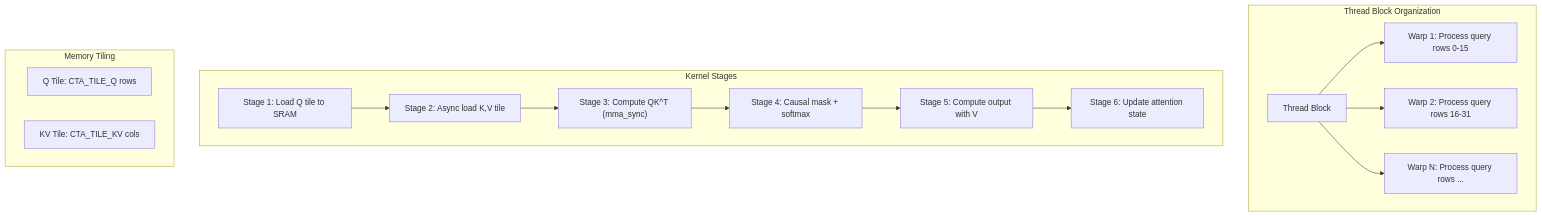
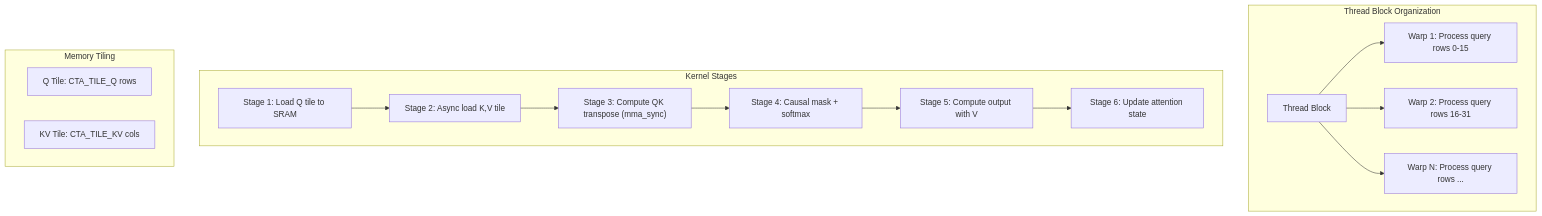
One commit to Shahriarin2garden/vllm_from_scratch changed diagram 11 of 37 in lab0.2/README.md. Above: the diagram before and after it, drawn with Mermaid. The commit also changed other lines of this file and 2 other files, not shown here.

Commit message:
Refactor diagrams in README.md and lab0.2final.md for clarity and consistency

````diff
--- a/lab0.2/README.md
+++ b/lab0.2/README.md
@@ -381,22 +381,22 @@
 ```mermaid
 graph TD
     subgraph "Thread Block Organization"
         TB["Thread Block"]
         TB --> Warp1["Warp 1: Process query rows 0-15"]
         TB --> Warp2["Warp 2: Process query rows 16-31"]
         TB --> WarpN["Warp N: Process query rows ..."]
     end
     subgraph "Kernel Stages"
         S1["Stage 1: Load Q tile to SRAM"]
         S2["Stage 2: Async load K,V tile"]
-        S3["Stage 3: Compute QK^T (mma_sync)"]
+        S3["Stage 3: Compute QK transpose (mma_sync)"]
         S4["Stage 4: Causal mask + softmax"]
         S5["Stage 5: Compute output with V"]
         S6["Stage 6: Update attention state"]
         S1 --> S2 --> S3 --> S4 --> S5 --> S6
     end
     subgraph "Memory Tiling"
         Qtile["Q Tile: CTA_TILE_Q rows"]
         KVTILE["KV Tile: CTA_TILE_KV cols"]
     end
 ```
````
